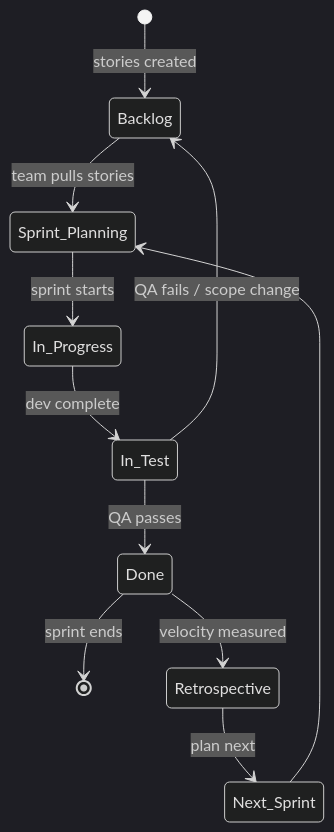
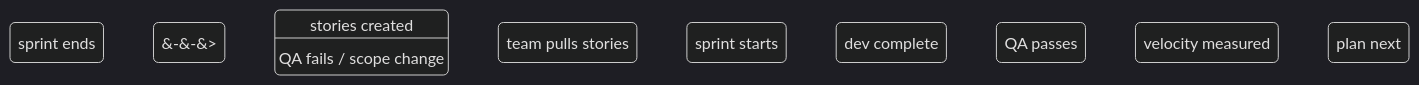
The fifth of 5 diagrams in docs/modules/other/other-guide.md (eltonaguiar/ServiceNow_Learning_TSOM-_CSM_FSM_SalesCRM_HAM_ITSM), drawn with Mermaid (dark theme) before and after one commit. The commit also changed other lines of this file and 17 other files, not shown here.

First line of the commit message:
Fix mermaid arrows: replace --> with &#45;&#45;&#62; in all mermaid blocks

````diff
--- a/docs/modules/other/other-guide.md
+++ b/docs/modules/other/other-guide.md
@@ -1031,13 +1031,13 @@
 ```mermaid
 stateDiagram-v2
-    [*] --> Backlog : stories created
-    Backlog --> Sprint_Planning : team pulls stories
-    Sprint_Planning --> In_Progress : sprint starts
-    In_Progress --> In_Test : dev complete
-    In_Test --> Done : QA passes
-    In_Test --> Backlog : QA fails / scope change
-    Done --> [*] : sprint ends
-    Done --> Retrospective : velocity measured
-    Retrospective --> Next_Sprint : plan next
-    Next_Sprint --> Sprint_Planning
+    [*] &#45;&#45;&#62; Backlog : stories created
+    Backlog &#45;&#45;&#62; Sprint_Planning : team pulls stories
+    Sprint_Planning &#45;&#45;&#62; In_Progress : sprint starts
+    In_Progress &#45;&#45;&#62; In_Test : dev complete
+    In_Test &#45;&#45;&#62; Done : QA passes
+    In_Test &#45;&#45;&#62; Backlog : QA fails / scope change
+    Done &#45;&#45;&#62; [*] : sprint ends
+    Done &#45;&#45;&#62; Retrospective : velocity measured
+    Retrospective &#45;&#45;&#62; Next_Sprint : plan next
+    Next_Sprint &#45;&#45;&#62; Sprint_Planning
 ```
````
